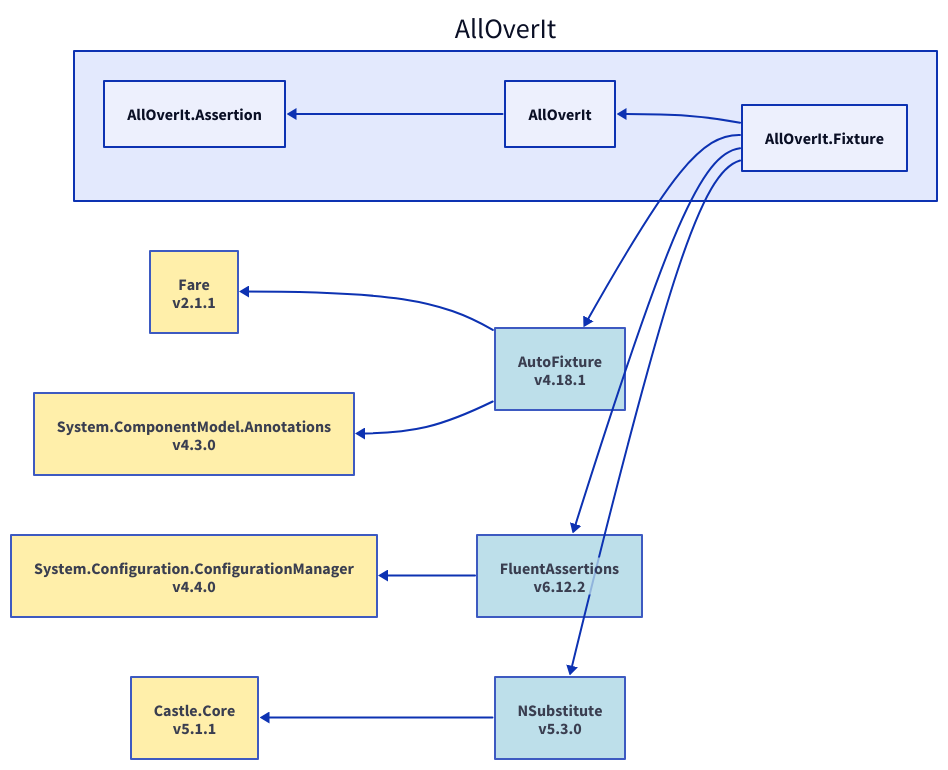
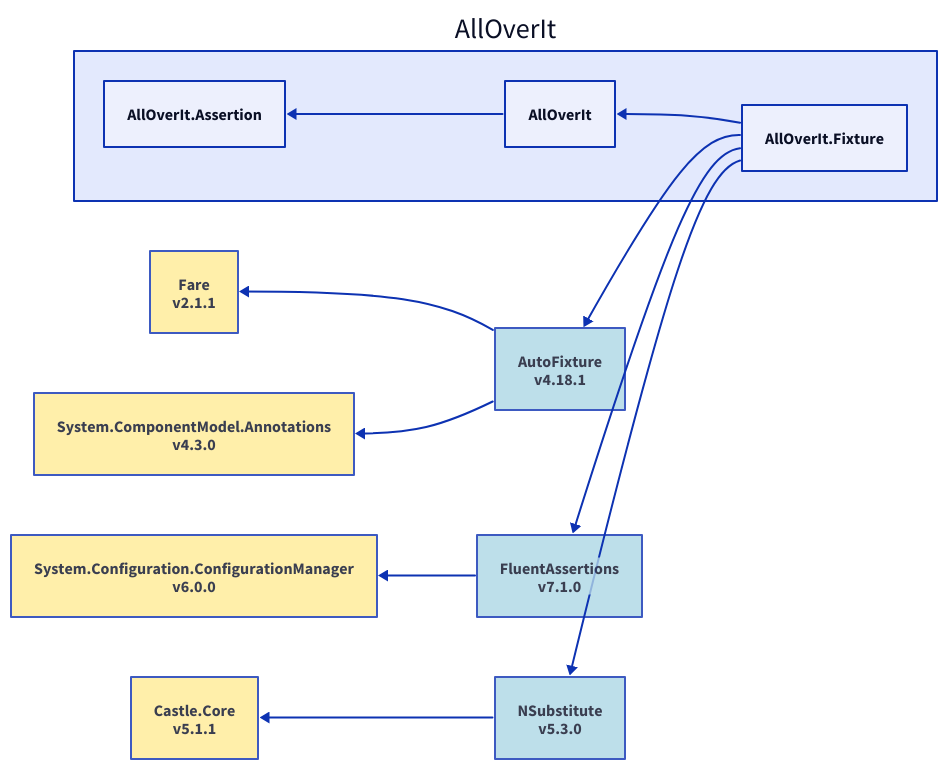
Before and after one commit to mjfreelancing/AllOverIt: the diagram in Docs/Reference/Content/images/dependencies/net9.0/alloverit-fixture.d2, drawn with D2. The commit also changed 236 other files, not shown here.

```diff
--- a/Docs/Reference/Content/images/dependencies/net9.0/alloverit-fixture.d2
+++ b/Docs/Reference/Content/images/dependencies/net9.0/alloverit-fixture.d2
@@ -1,36 +1,36 @@
 direction: left
 
 aoi: AllOverIt
 aoi.alloverit-fixture: AllOverIt.Fixture
 autofixture_4-18-1: AutoFixture\nv4.18.1
 autofixture_4-18-1.style.fill: "#ADD8E6"
 autofixture_4-18-1.style.opacity: 0.8
 fare_2-1-1: Fare\nv2.1.1
 fare_2-1-1.style.fill: "#FFEC96"
 fare_2-1-1.style.opacity: 0.8
 fare_2-1-1 <- autofixture_4-18-1
 system-componentmodel-annotations_4-3-0: System.ComponentModel.Annotations\nv4.3.0
 system-componentmodel-annotations_4-3-0.style.fill: "#FFEC96"
 system-componentmodel-annotations_4-3-0.style.opacity: 0.8
 system-componentmodel-annotations_4-3-0 <- autofixture_4-18-1
 autofixture_4-18-1 <- aoi.alloverit-fixture
-fluentassertions_6-12-2: FluentAssertions\nv6.12.2
-fluentassertions_6-12-2.style.fill: "#ADD8E6"
-fluentassertions_6-12-2.style.opacity: 0.8
-system-configuration-configurationmanager_4-4-0: System.Configuration.ConfigurationManager\nv4.4.0
-system-configuration-configurationmanager_4-4-0.style.fill: "#FFEC96"
-system-configuration-configurationmanager_4-4-0.style.opacity: 0.8
-system-configuration-configurationmanager_4-4-0 <- fluentassertions_6-12-2
-fluentassertions_6-12-2 <- aoi.alloverit-fixture
+fluentassertions_7-1-0: FluentAssertions\nv7.1.0
+fluentassertions_7-1-0.style.fill: "#ADD8E6"
+fluentassertions_7-1-0.style.opacity: 0.8
+system-configuration-configurationmanager_6-0-0: System.Configuration.ConfigurationManager\nv6.0.0
+system-configuration-configurationmanager_6-0-0.style.fill: "#FFEC96"
+system-configuration-configurationmanager_6-0-0.style.opacity: 0.8
+system-configuration-configurationmanager_6-0-0 <- fluentassertions_7-1-0
+fluentassertions_7-1-0 <- aoi.alloverit-fixture
 nsubstitute_5-3-0: NSubstitute\nv5.3.0
 nsubstitute_5-3-0.style.fill: "#ADD8E6"
 nsubstitute_5-3-0.style.opacity: 0.8
 castle-core_5-1-1: Castle.Core\nv5.1.1
 castle-core_5-1-1.style.fill: "#FFEC96"
 castle-core_5-1-1.style.opacity: 0.8
 castle-core_5-1-1 <- nsubstitute_5-3-0
 nsubstitute_5-3-0 <- aoi.alloverit-fixture
 aoi.alloverit: AllOverIt
 aoi.alloverit-assertion: AllOverIt.Assertion
 aoi.alloverit-assertion <- aoi.alloverit
 aoi.alloverit <- aoi.alloverit-fixture
```
